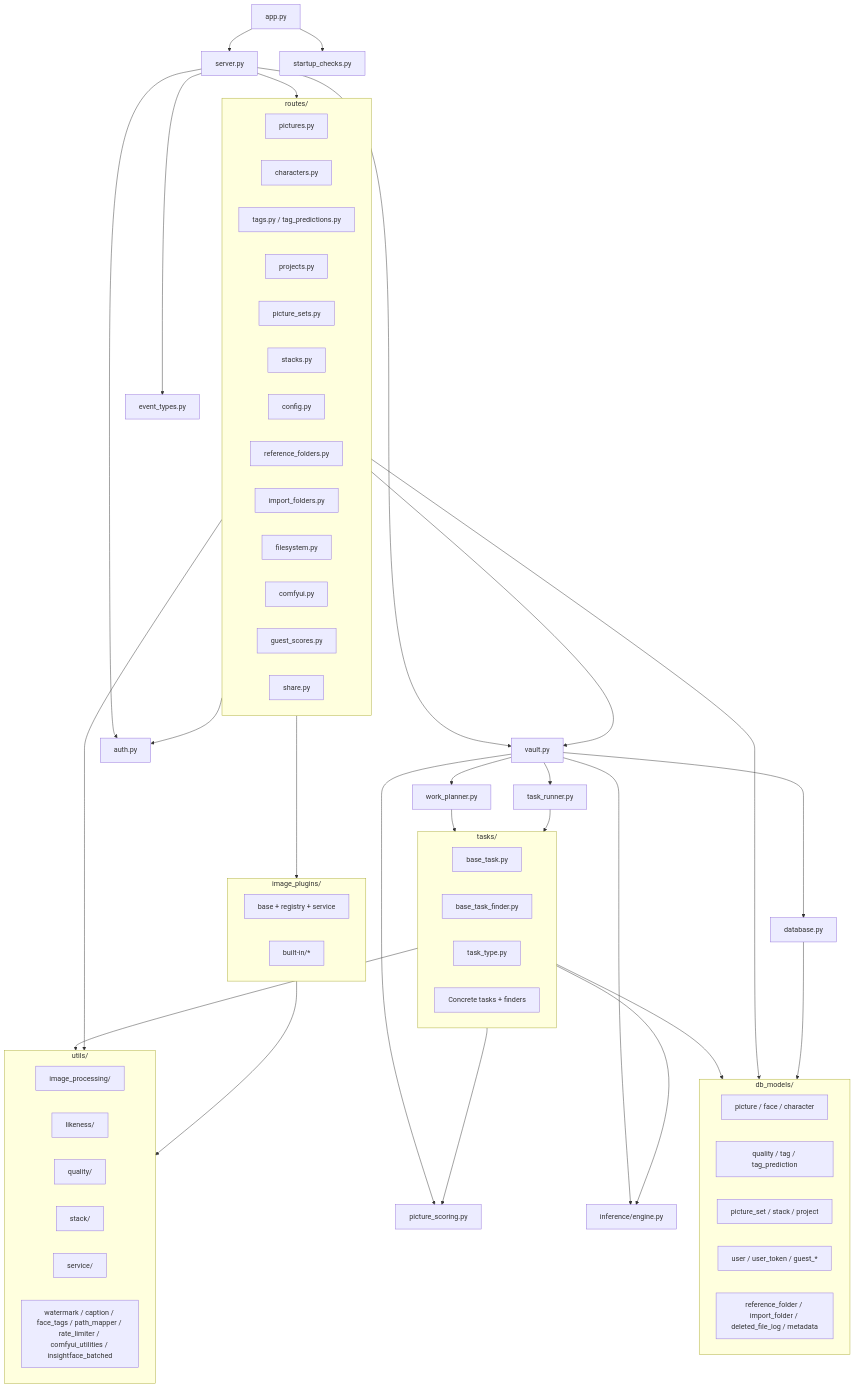
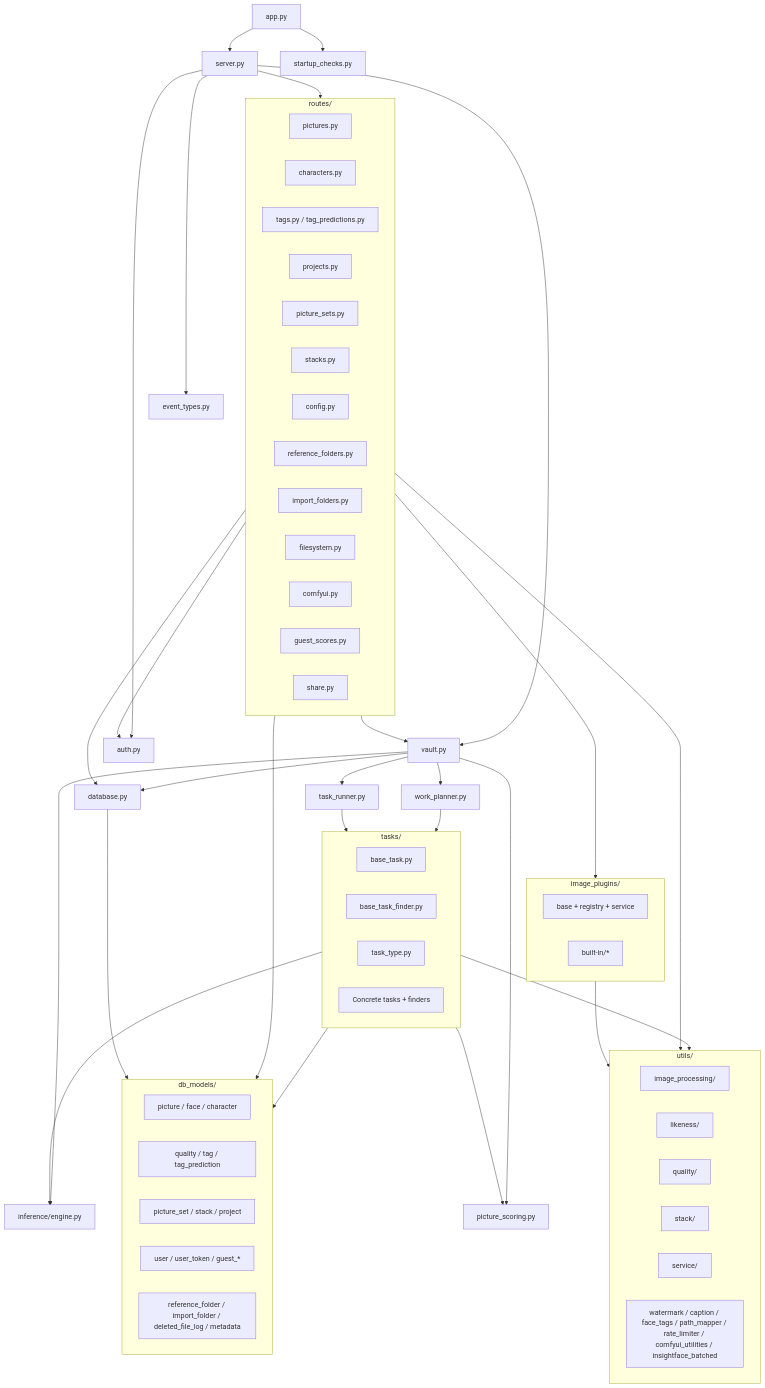
Before and after one commit to Pikselkroken/pixlstash: the second of 3 diagrams in docs/backend_architecture.md, drawn with Mermaid. The commit also changed other lines of this file, not shown here.

Commit message:
Update backend architecture doc further

```diff
--- a/docs/backend_architecture.md
+++ b/docs/backend_architecture.md
@@ -790,6 +794,7 @@
     Tasks --> Scoring
 
     Routers --> VaultMod
+    Routers --> DBMod
     Routers --> Auth
     Routers --> Models
     Routers --> Plugins
```
